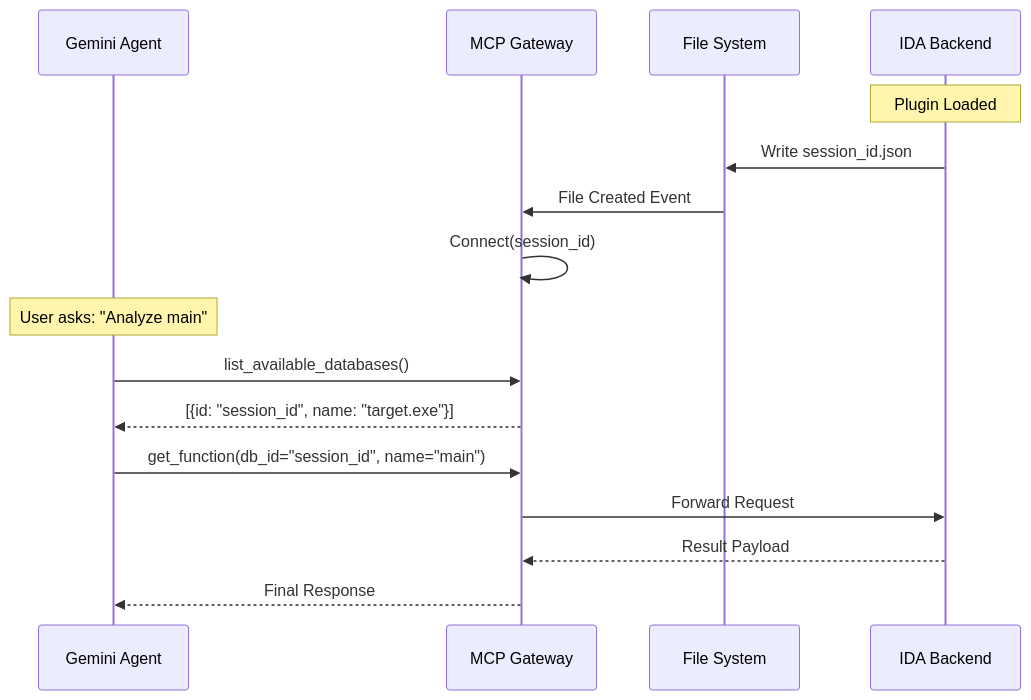
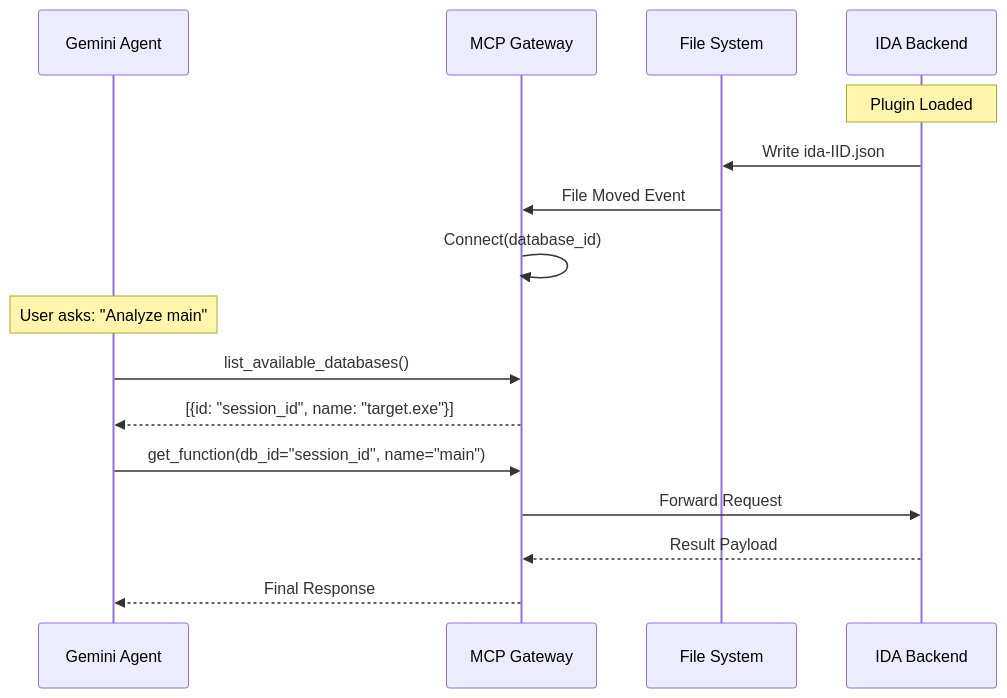
Before and after one commit to idamcp/idamcp: the second of 4 diagrams in docs/DESIGN.md, drawn with Mermaid. The commit also changed other lines of this file and 25 other files, not shown here.

````diff
--- a/docs/DESIGN.md
+++ b/docs/DESIGN.md
@@ -307,22 +321,22 @@
 ```mermaid
 sequenceDiagram
     participant Agent as Gemini Agent
     participant Gateway as MCP Gateway
     participant FS as File System
     participant IDA as IDA Backend
 
     Note over IDA: Plugin Loaded
-    IDA->>FS: Write session_id.json
-    FS->>Gateway: File Created Event
-    Gateway->>Gateway: Connect(session_id)
+    IDA->>FS: Write ida-IID.json
+    FS->>Gateway: File Moved Event
+    Gateway->>Gateway: Connect(database_id)
 
     Note over Agent: User asks: "Analyze main"
     Agent->>Gateway: list_available_databases()
     Gateway-->>Agent: [{id: "session_id", name: "target.exe"}]
 
     Agent->>Gateway: get_function(db_id="session_id", name="main")
     Gateway->>IDA: Forward Request
     IDA-->>Gateway: Result Payload
         Gateway-->>Agent: Final Response
 
 ```
````
